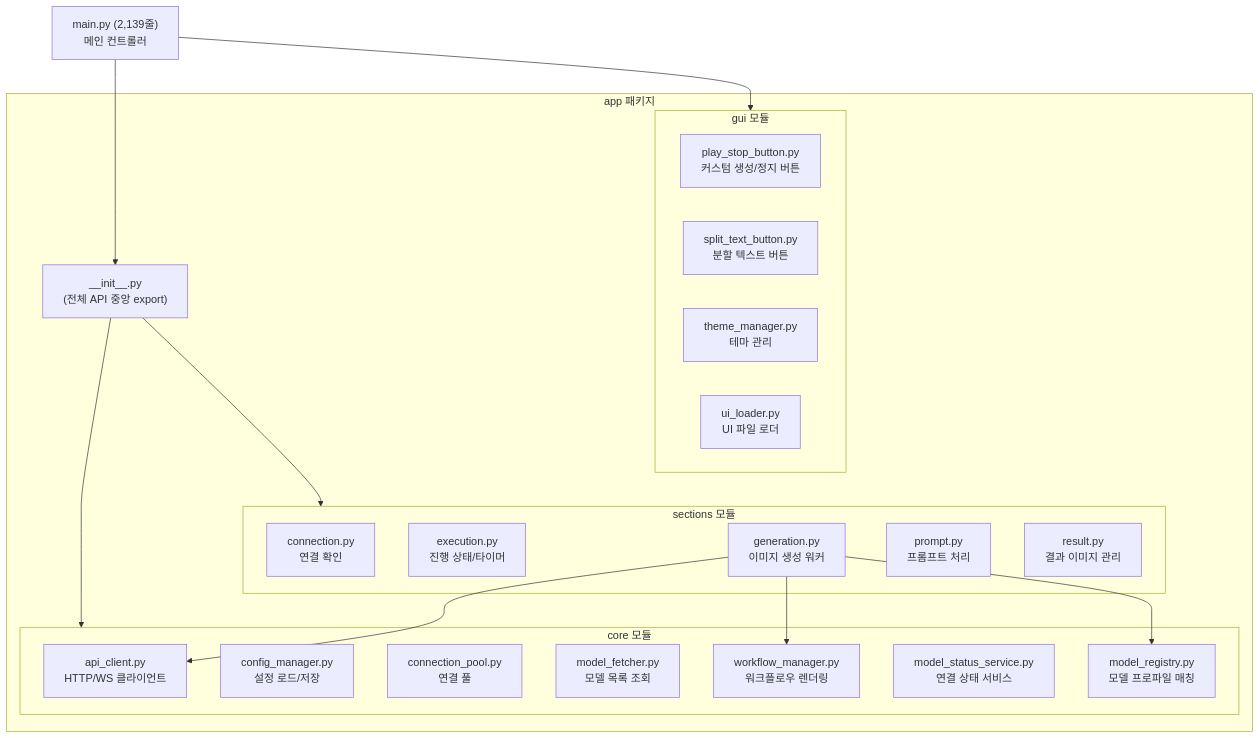
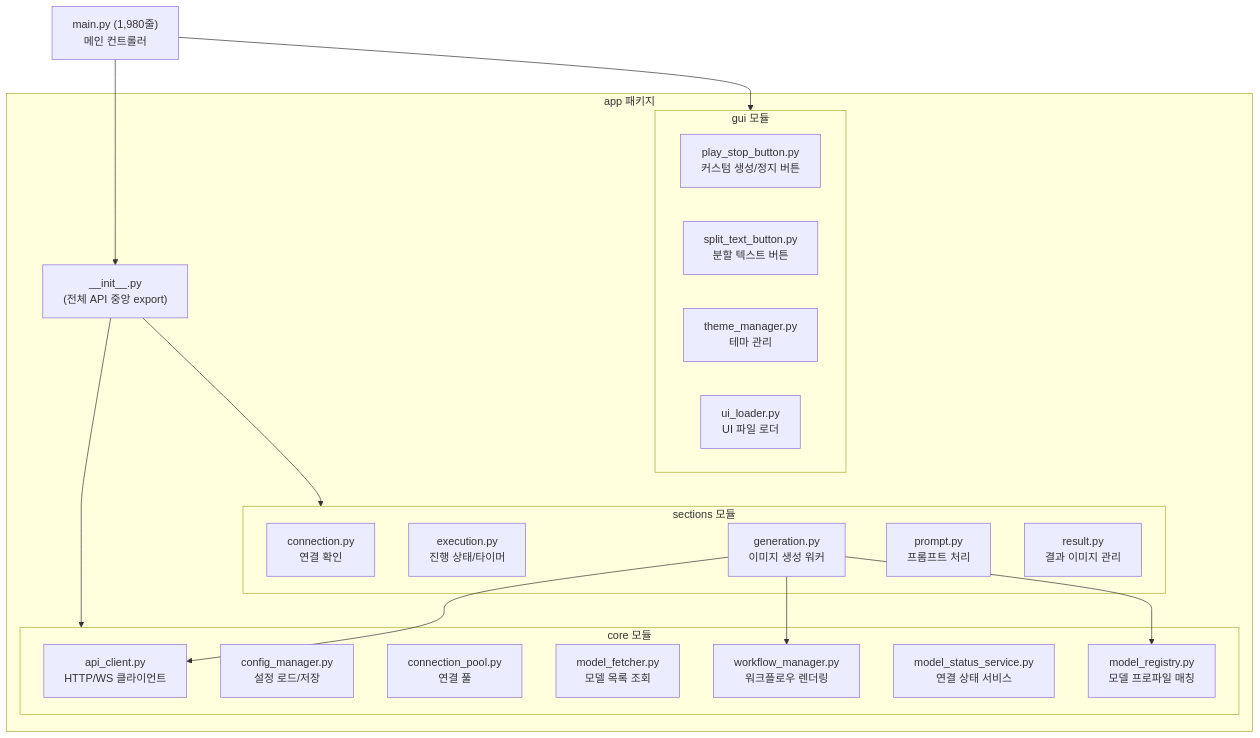
One commit to Donian-kor/ComfyCraft_AI_Easy_Studio changed the diagram in 코드리뷰.md. Above: the diagram before and after it, drawn with Mermaid. The commit also changed other lines of this file and 14 other files, not shown here.

````diff
--- a/코드리뷰.md
+++ b/코드리뷰.md
@@ -10,41 +11,41 @@
 ```mermaid
 flowchart TD
-    main["main.py (2,139줄)\n메인 컨트롤러"]
+    main["main.py (1,980줄)\n메인 컨트롤러"]
     
     subgraph app["app 패키지"]
         init["__init__.py\n(전체 API 중앙 export)"]
         
         subgraph core["core 모듈"]
             api["api_client.py\nHTTP/WS 클라이언트"]
             cfg["config_manager.py\n설정 로드/저장"]
             pool["connection_pool.py\n연결 풀"]
             fetch["model_fetcher.py\n모델 목록 조회"]
             reg["model_registry.py\n모델 프로파일 매칭"]
             mss["model_status_service.py\n연결 상태 서비스"]
             wm["workflow_manager.py\n워크플로우 렌더링"]
         end
 
         subgraph gui["gui 모듈"]
             psb["play_stop_button.py\n커스텀 생성/정지 버튼"]
             stb["split_text_button.py\n분할 텍스트 버튼"]
             tm["theme_manager.py\n테마 관리"]
             ul["ui_loader.py\nUI 파일 로더"]
         end
 
         subgraph sections["sections 모듈"]
             conn["connection.py\n연결 확인"]
             exec["execution.py\n진행 상태/타이머"]
             gen["generation.py\n이미지 생성 워커"]
             prom["prompt.py\n프롬프트 처리"]
             res["result.py\n결과 이미지 관리"]
         end
     end
 
     main --> init
     init --> core
     init --> sections
     main --> gui
     gen --> api
     gen --> wm
     gen --> reg
 ```
````
